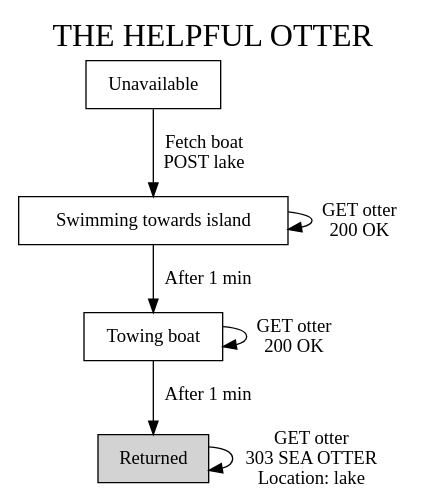
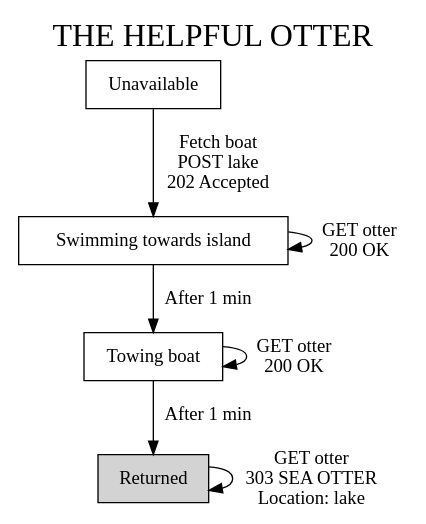
Before and after one commit to einarwh/fsmwatcher: the diagram in graphs/otter/otter-3-back.dot, drawn with Graphviz. The commit also changed 18 other files, not shown here.

```diff
--- a/graphs/otter/otter-3-back.dot
+++ b/graphs/otter/otter-3-back.dot
@@ -1,16 +1,18 @@
 digraph {
   label="THE HELPFUL OTTER";
   labelloc=t;
   fontsize=24;
   node [shape=box];
+
   initial [label="Unavailable"];
   fetching [label="Swimming towards island"];
   returning [label="Towing boat"];
   back [label="Returned",bgcolor="black",style="filled"];
-  initial -> fetching [label="Fetch boat\nPOST lake"];
+  
+  initial -> fetching [label="Fetch boat\nPOST lake\n202 Accepted"];
   fetching -> fetching [label="GET otter\n200 OK"];
   fetching -> returning [label="After 1 min"];
   returning -> returning [label="GET otter\n200 OK"];
   returning -> back [label="After 1 min"];
   back -> back [label="GET otter\n303 SEA OTTER\nLocation: lake"];
 }
```
